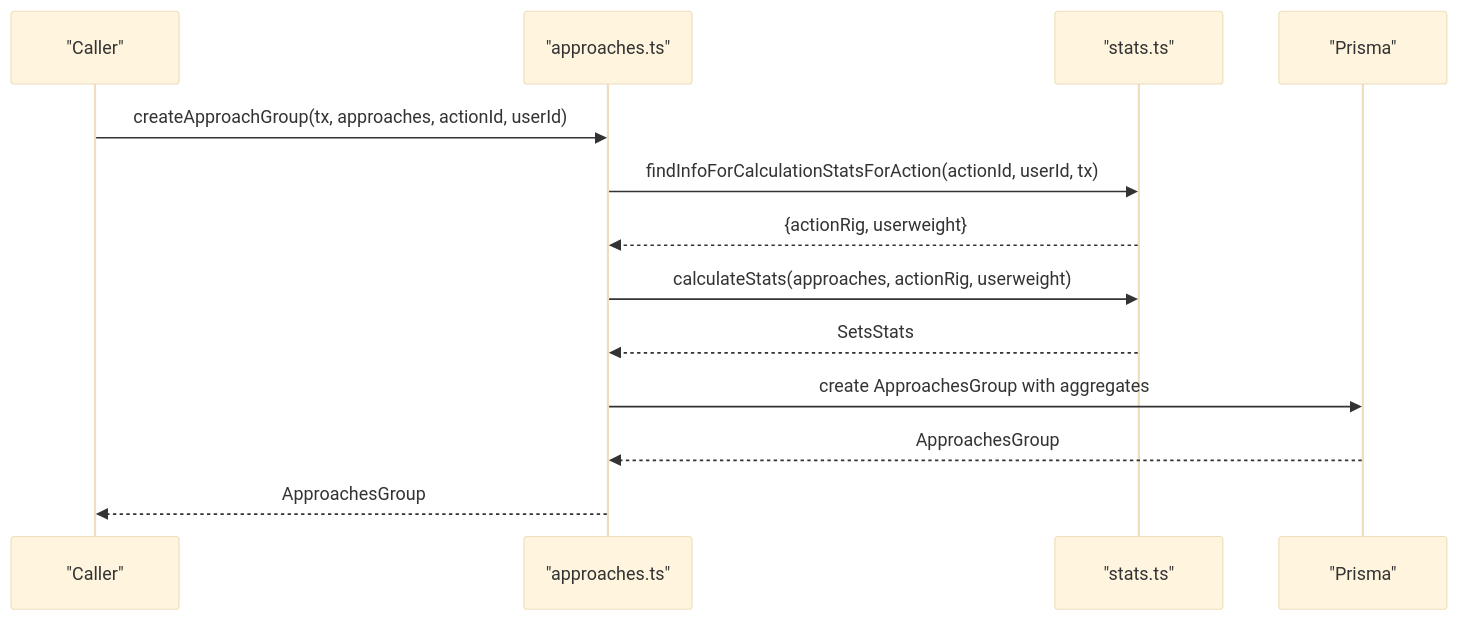
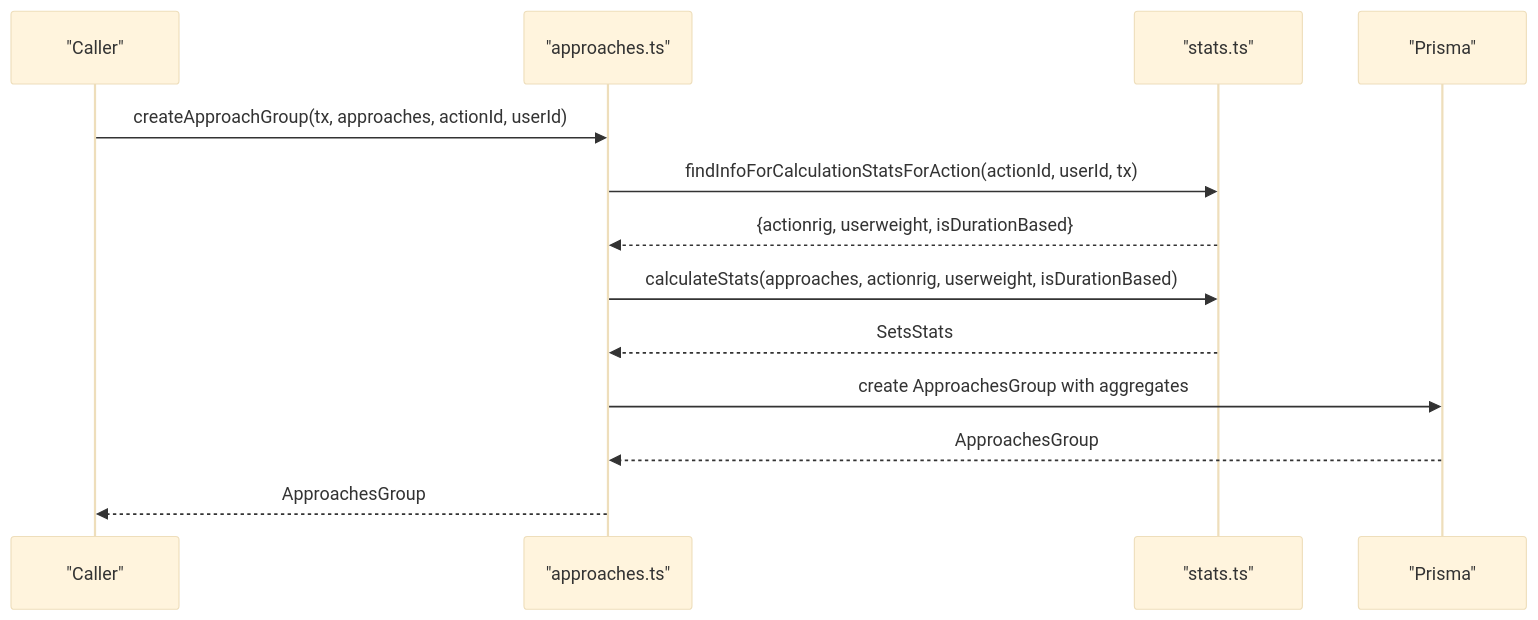
Before and after one commit to Dezzpil/meingym: the fourth of 12 diagrams in .qoder/repowiki/en/content/Core Business Logic/Core Business Logic.md, drawn with Mermaid (base theme). The commit also changed other lines of this file and 12 other files, not shown here.

````diff
--- a/.qoder/repowiki/en/content/Core Business Logic/Core Business Logic.md
+++ b/.qoder/repowiki/en/content/Core Business Logic/Core Business Logic.md
@@ -276,15 +365,15 @@
 ```mermaid
 sequenceDiagram
 participant Caller as "Caller"
 participant Approaches as "approaches.ts"
 participant Stats as "stats.ts"
 participant DB as "Prisma"
 Caller->>Approaches : createApproachGroup(tx, approaches, actionId, userId)
 Approaches->>Stats : findInfoForCalculationStatsForAction(actionId, userId, tx)
-Stats-->>Approaches : {actionRig, userweight}
-Approaches->>Stats : calculateStats(approaches, actionRig, userweight)
+Stats-->>Approaches : {actionrig, userweight, isDurationBased}
+Approaches->>Stats : calculateStats(approaches, actionrig, userweight, isDurationBased)
 Stats-->>Approaches : SetsStats
 Approaches->>DB : create ApproachesGroup with aggregates
 DB-->>Approaches : ApproachesGroup
 Approaches-->>Caller : ApproachesGroup
 ```
````
